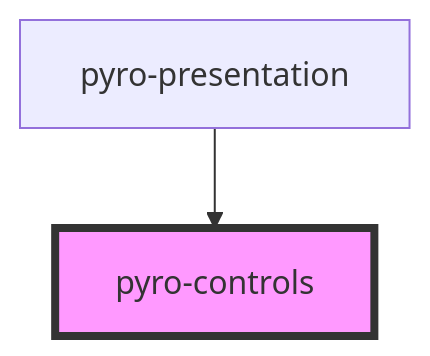
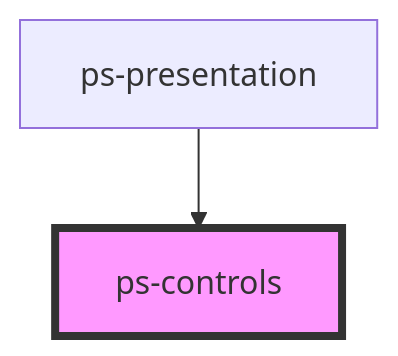
The diagram in packages/core/src/components/controls/readme.md (presentosaurus/presentosaurus), drawn with Mermaid before and after one commit. The commit also changed other lines of this file and 49 other files, not shown here.

````diff
--- a/packages/core/src/components/controls/readme.md
+++ b/packages/core/src/components/controls/readme.md
@@ -22,5 +22,5 @@
 ```mermaid
 graph TD;
-  pyro-presentation --> pyro-controls
-  style pyro-controls fill:#f9f,stroke:#333,stroke-width:4px
+  ps-presentation --> ps-controls
+  style ps-controls fill:#f9f,stroke:#333,stroke-width:4px
 ```
````
